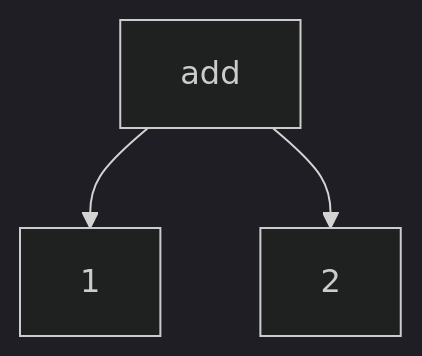
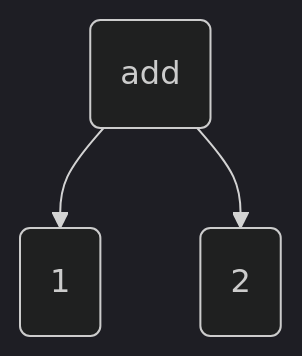
Before and after one commit to pengvyn/kavpix-code: diagram 15 of 35 in src/essays/number-tree/essay.md, drawn with Mermaid (dark theme). The commit also changed other lines of this file and 1 other file, not shown here.

````diff
--- a/src/essays/number-tree/essay.md
+++ b/src/essays/number-tree/essay.md
@@ -165,5 +167,5 @@
 ```mermaid
     graph TD;
-        add --> 1;
-        add --> 2;
+        add(add) --> 1(1);
+        add --> 2(2);
 ```
````
